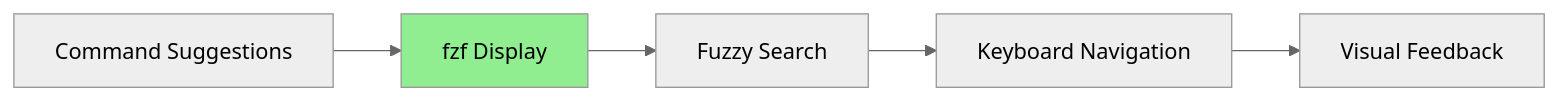
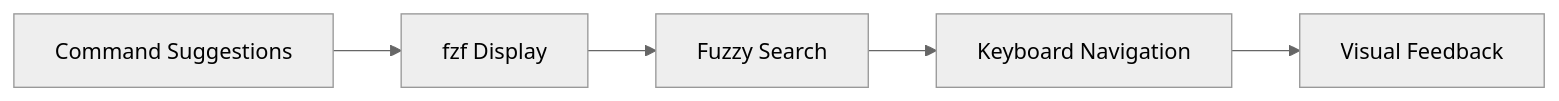
Before and after one commit to 4gh0rn/dev-blog: the seventh of 11 diagrams in docs/projects/llmsh.md, drawn with Mermaid (neutral theme). The commit also changed other lines of this file and 17 other files, not shown here.

````diff
--- a/docs/projects/llmsh.md
+++ b/docs/projects/llmsh.md
@@ -212,9 +199,7 @@
 ```mermaid
 graph LR
     A[Command Suggestions] --> B[fzf Display]
     B --> C[Fuzzy Search]
     C --> D[Keyboard Navigation]
     D --> E[Visual Feedback]
-    
-    style B fill:#90EE90
 ```
````
